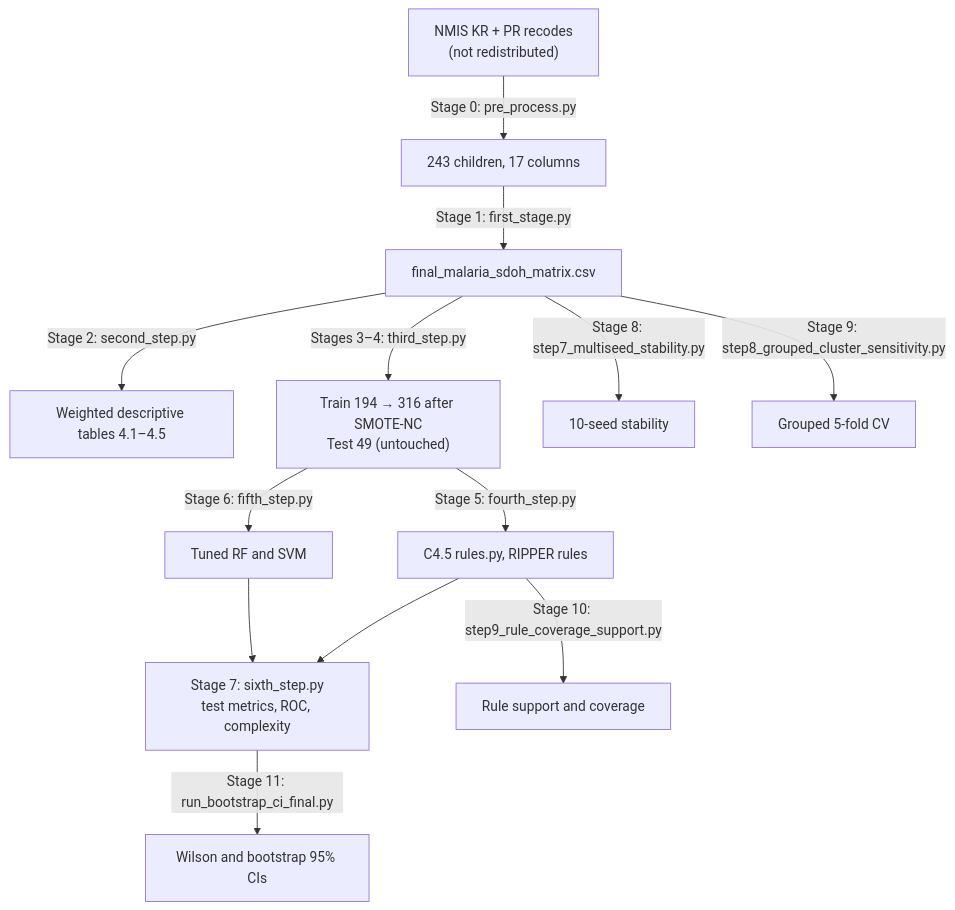
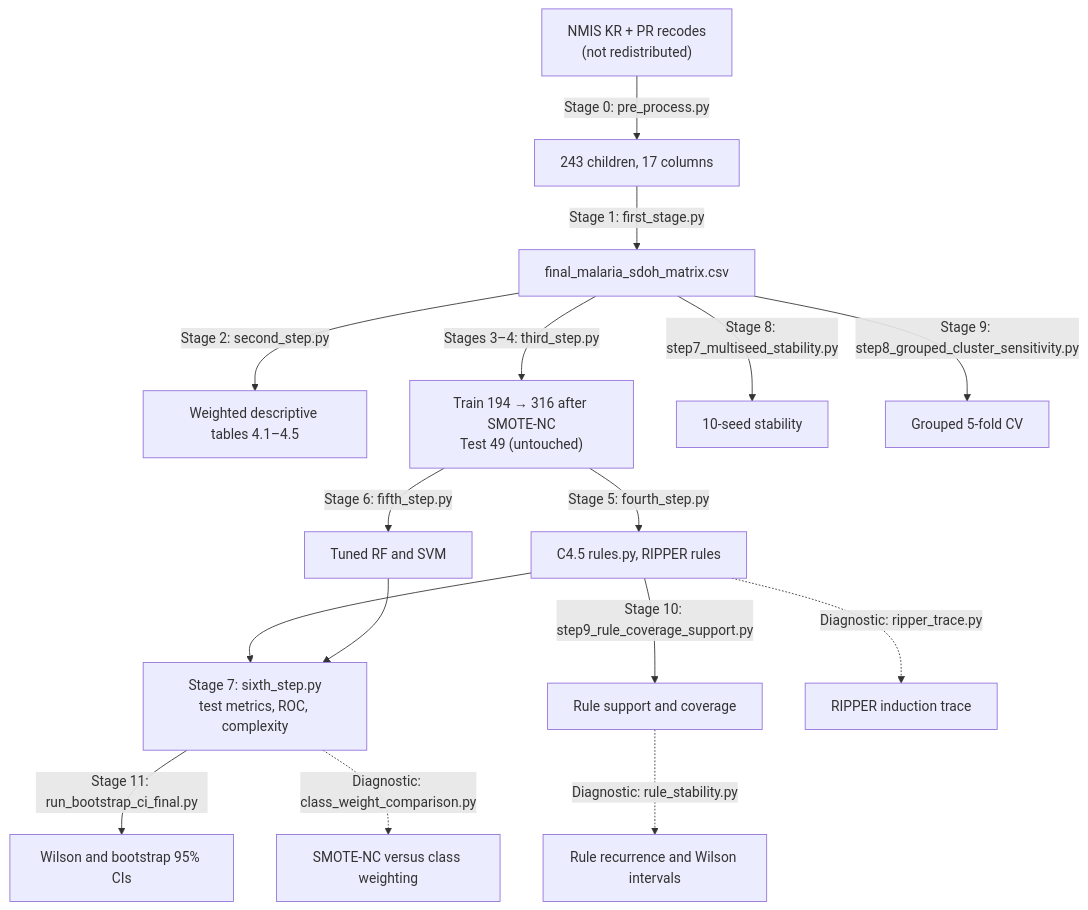
Before and after one commit to codeinpython2024/MSC_Malaria: the diagram in EXAMINER_TECHNICAL_GUIDE.md, drawn with Mermaid. The commit also changed other lines of this file and 2 other files, not shown here.

````diff
--- a/EXAMINER_TECHNICAL_GUIDE.md
+++ b/EXAMINER_TECHNICAL_GUIDE.md
@@ -21,15 +21,18 @@
 ```mermaid
 flowchart TD
     A["NMIS KR + PR recodes<br/>(not redistributed)"] -->|"Stage 0: pre_process.py"| B["243 children, 17 columns"]
     B -->|"Stage 1: first_stage.py"| C["final_malaria_sdoh_matrix.csv"]
     C -->|"Stage 2: second_step.py"| D["Weighted descriptive tables 4.1–4.5"]
     C -->|"Stages 3–4: third_step.py"| E["Train 194 → 316 after SMOTE-NC<br/>Test 49 (untouched)"]
     E -->|"Stage 5: fourth_step.py"| F["C4.5 rules.py, RIPPER rules"]
     E -->|"Stage 6: fifth_step.py"| G["Tuned RF and SVM"]
     F --> H["Stage 7: sixth_step.py<br/>test metrics, ROC, complexity"]
     G --> H
     C -->|"Stage 8: step7_multiseed_stability.py"| I["10-seed stability"]
     C -->|"Stage 9: step8_grouped_cluster_sensitivity.py"| J["Grouped 5-fold CV"]
     F -->|"Stage 10: step9_rule_coverage_support.py"| K["Rule support and coverage"]
     H -->|"Stage 11: run_bootstrap_ci_final.py"| L["Wilson and bootstrap 95% CIs"]
+    H -.->|"Diagnostic: class_weight_comparison.py"| M["SMOTE-NC versus class weighting"]
+    K -.->|"Diagnostic: rule_stability.py"| N["Rule recurrence and Wilson intervals"]
+    F -.->|"Diagnostic: ripper_trace.py"| O["RIPPER induction trace"]
 ```
````
